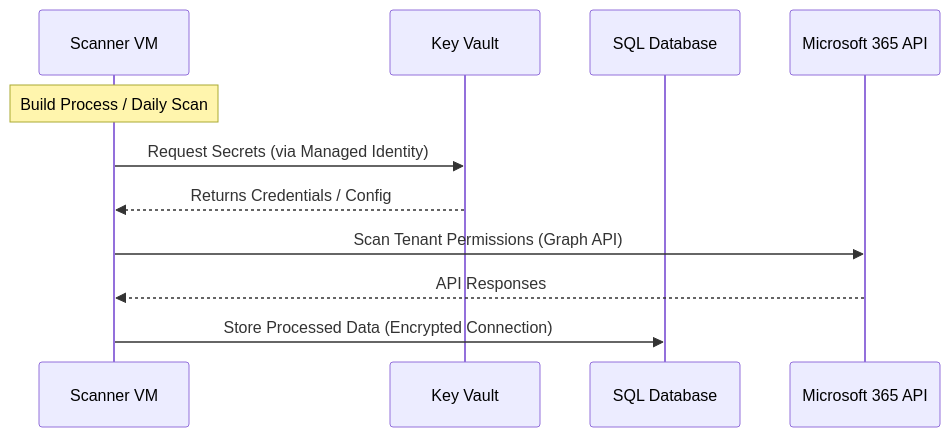
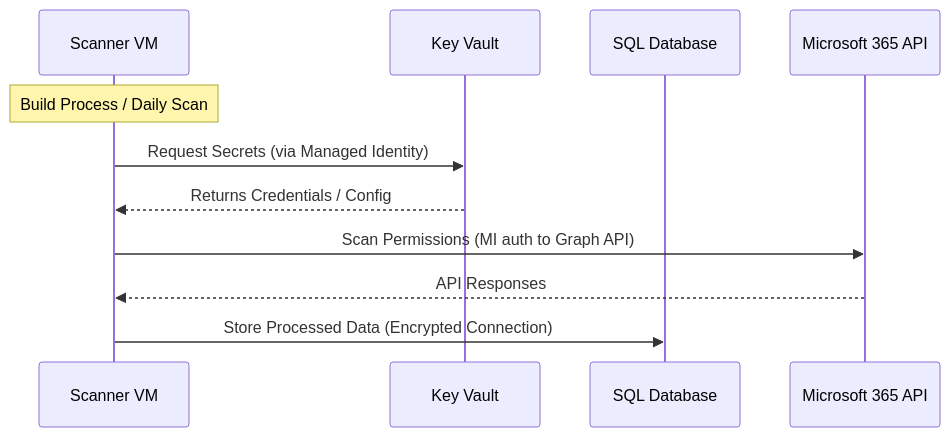
The third of 3 diagrams in M365PermissionsCloud/ARCHITECTURE.md (jflieben/assortedFunctionsV2), drawn with Mermaid before and after one commit. The commit also changed other lines of this file, not shown here.

````diff
--- a/M365PermissionsCloud/ARCHITECTURE.md
+++ b/M365PermissionsCloud/ARCHITECTURE.md
@@ -123,16 +123,16 @@
 ``` mermaid
 sequenceDiagram
     participant VM as Scanner VM
     participant KV as Key Vault
     participant SQL as SQL Database
     participant M365 as Microsoft 365 API
 
     Note over VM: Build Process / Daily Scan
     VM->>KV: Request Secrets (via Managed Identity)
     KV-->>VM: Returns Credentials / Config
     
-    VM->>M365: Scan Tenant Permissions (Graph API)
+    VM->>M365: Scan Permissions (MI auth to Graph API)
     M365-->>VM: API Responses
     
     VM->>SQL: Store Processed Data (Encrypted Connection)
 ```
````
